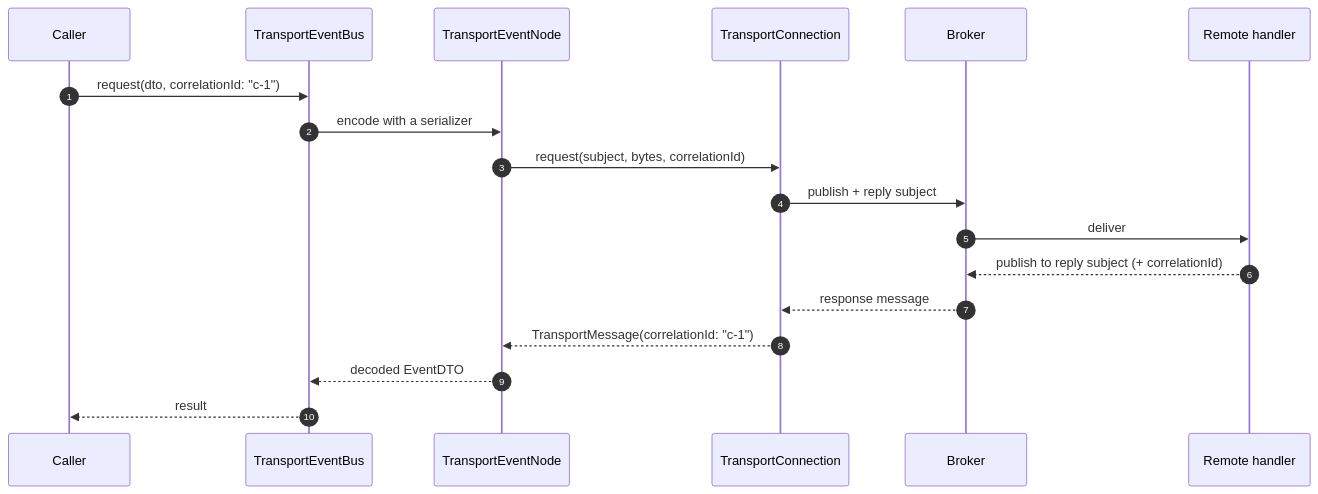
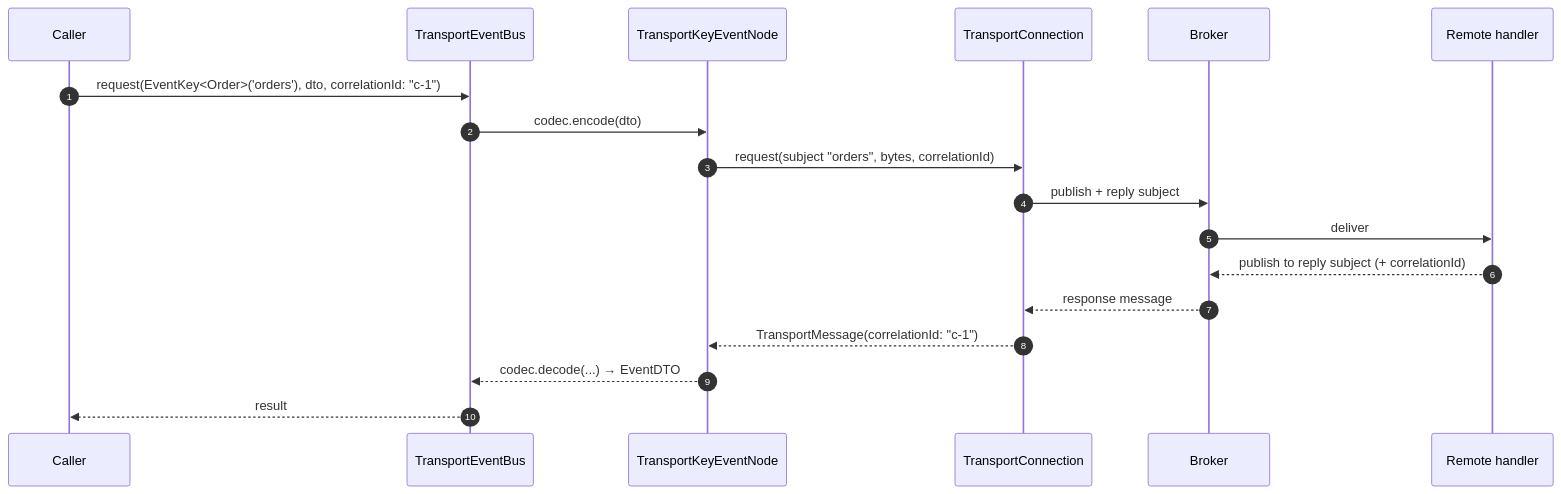
One commit to Avataromvatar/event_bus_arch changed the diagram in doc/08-transports.md. Above: the diagram before and after it, drawn with Mermaid. The commit also changed other lines of this file and 80 other files, not shown here.

````diff
--- a/doc/08-transports.md
+++ b/doc/08-transports.md
@@ -54,21 +53,21 @@
 ```mermaid
 sequenceDiagram
     autonumber
     participant C as Caller
     participant B as TransportEventBus
-    participant N as TransportEventNode
+    participant N as TransportKeyEventNode
     participant Conn as TransportConnection
     participant Broker as Broker
     participant H as Remote handler
 
-    C->>B: request(dto, correlationId: "c-1")
-    B->>N: encode with a serializer
-    N->>Conn: request(subject, bytes, correlationId)
+    C->>B: request(EventKey<Order>('orders'), dto, correlationId: "c-1")
+    B->>N: codec.encode(dto)
+    N->>Conn: request(subject "orders", bytes, correlationId)
     Conn->>Broker: publish + reply subject
     Broker->>H: deliver
     H-->>Broker: publish to reply subject (+ correlationId)
     Broker-->>Conn: response message
     Conn-->>N: TransportMessage(correlationId: "c-1")
-    N-->>B: decoded EventDTO
+    N-->>B: codec.decode(...) → EventDTO
     B-->>C: result
 ```
````
